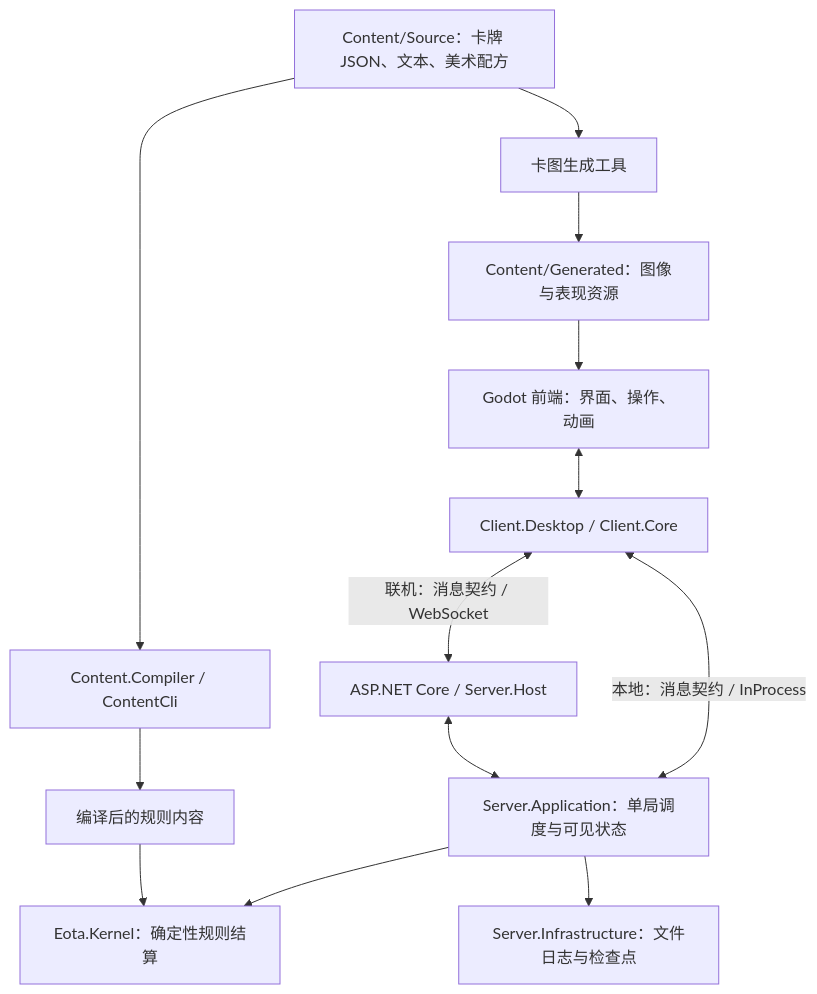
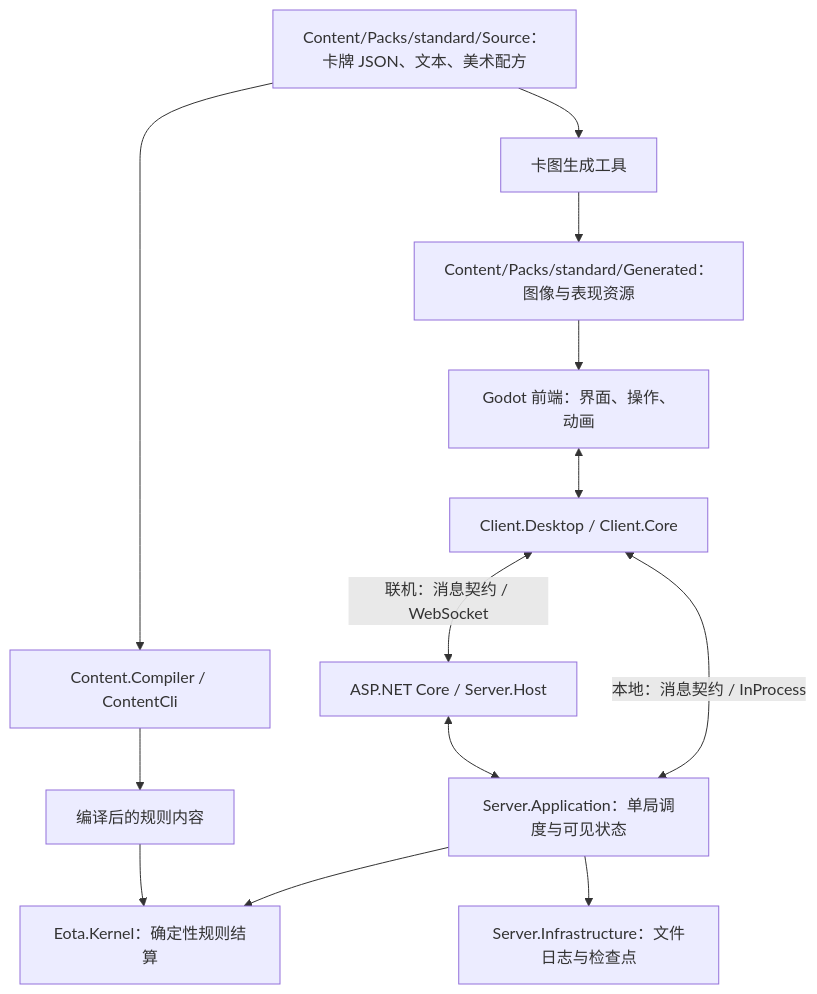
The diagram in README.md (NullaDev/EOTA-v2), drawn with Mermaid before and after one commit. The commit also changed other lines of this file and 2036 other files, not shown here.

````diff
--- a/README.md
+++ b/README.md
@@ -59,15 +59,15 @@
 ```mermaid
 flowchart TB
     UI["Godot 前端：界面、操作、动画"] <--> Client["Client.Desktop / Client.Core"]
     Client <-->|"联机：消息契约 / WebSocket"| Host["ASP.NET Core / Server.Host"]
     Client <-->|"本地：消息契约 / InProcess"| App["Server.Application：单局调度与可见状态"]
     Host <--> App
     App --> Kernel["Eota.Kernel：确定性规则结算"]
     App --> Store["Server.Infrastructure：文件日志与检查点"]
-    Source["Content/Source：卡牌 JSON、文本、美术配方"] --> Compiler["Content.Compiler / ContentCli"]
+    Source["Content/Packs/standard/Source：卡牌 JSON、文本、美术配方"] --> Compiler["Content.Compiler / ContentCli"]
     Compiler --> Rules["编译后的规则内容"]
     Rules --> Kernel
     Source --> Art["卡图生成工具"]
-    Art --> Assets["Content/Generated：图像与表现资源"]
+    Art --> Assets["Content/Packs/standard/Generated：图像与表现资源"]
     Assets --> UI
 ```
````
